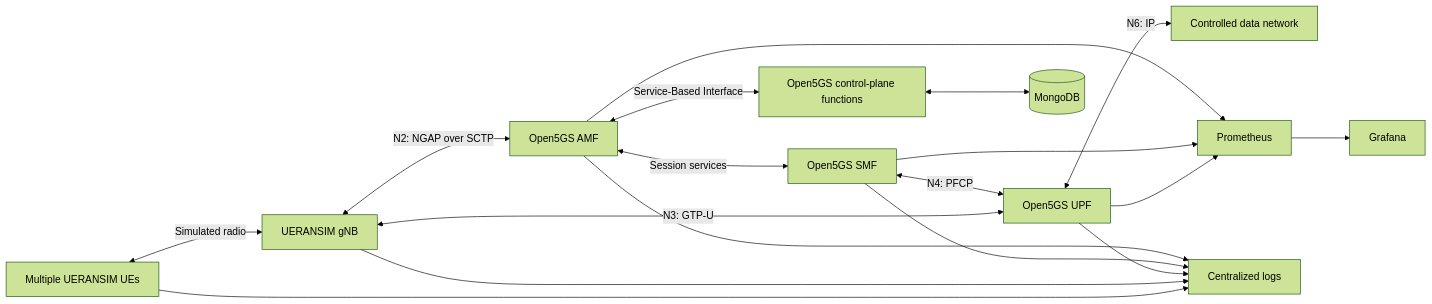
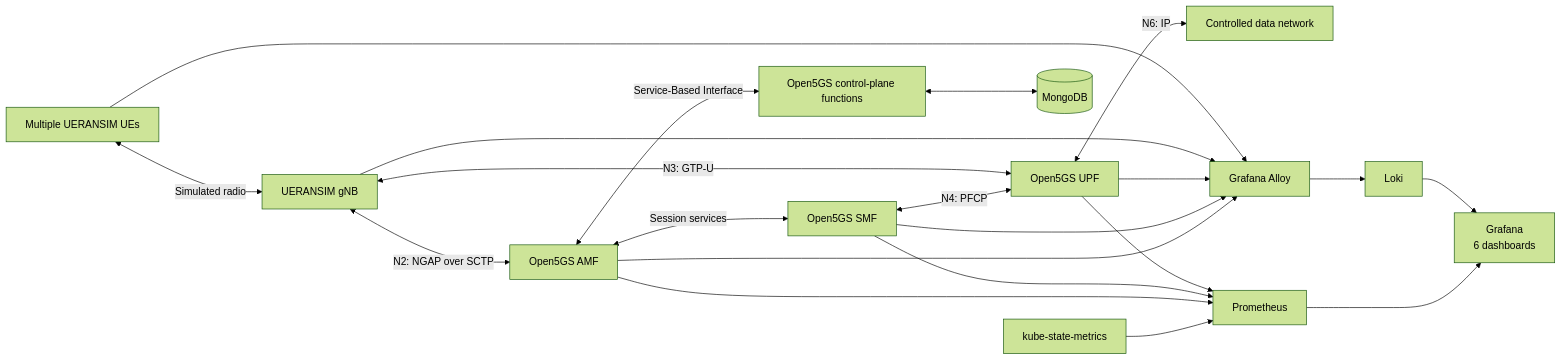
Before and after one commit to abdelrahman-fawaz18/cloud-native-5g-core-platform: the sixth of 6 diagrams in README.md, drawn with Mermaid (forest theme). The commit also changed other lines of this file and 17 other files, not shown here.

````diff
--- a/README.md
+++ b/README.md
@@ -441,32 +467,35 @@
 ```mermaid
 flowchart LR
     UE["Multiple UERANSIM UEs"]
     GNB["UERANSIM gNB"]
     AMF["Open5GS AMF"]
     CORE["Open5GS control-plane functions"]
     SMF["Open5GS SMF"]
     UPF["Open5GS UPF"]
     DB[("MongoDB")]
     DN["Controlled data network"]
     PROM["Prometheus"]
-    GRAF["Grafana"]
-    LOGS["Centralized logs"]
+    GRAF["Grafana\n6 dashboards"]
+    LOKI["Loki"]
+    ALLOY["Grafana Alloy"]
+    KSM["kube-state-metrics"]
 
     UE <-->|"Simulated radio"| GNB
     GNB <-->|"N2: NGAP over SCTP"| AMF
     AMF <-->|"Service-Based Interface"| CORE
     CORE <--> DB
     AMF <-->|"Session services"| SMF
     SMF <-->|"N4: PFCP"| UPF
     GNB <-->|"N3: GTP-U"| UPF
     UPF <-->|"N6: IP"| DN
-    PROM --> GRAF
+    KSM --> PROM --> GRAF
+    ALLOY --> LOKI --> GRAF
     AMF --> PROM
     SMF --> PROM
     UPF --> PROM
-    AMF --> LOGS
-    SMF --> LOGS
-    UPF --> LOGS
-    GNB --> LOGS
-    UE --> LOGS
+    AMF --> ALLOY
+    SMF --> ALLOY
+    UPF --> ALLOY
+    GNB --> ALLOY
+    UE --> ALLOY
 ```
````
